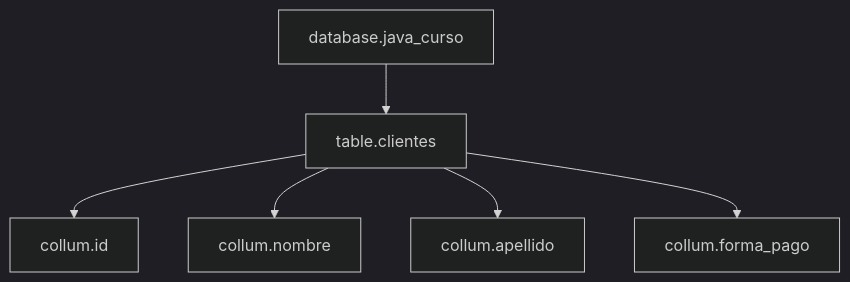
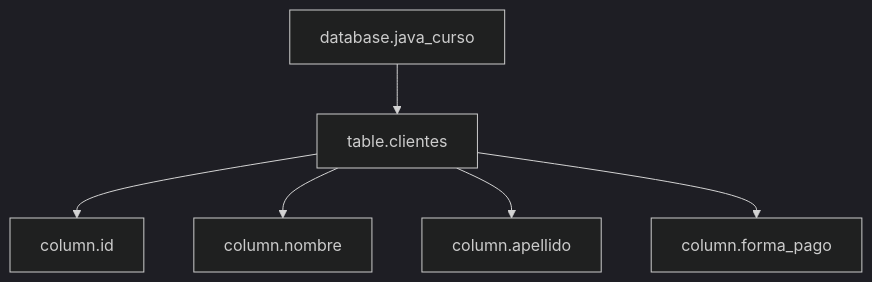
Before and after one commit to Andr7st/java-persistence-hibernate-jpa: the diagram in README.markdown, drawn with Mermaid (dark theme). The commit also changed other lines of this file, not shown here.

````diff
--- a/README.markdown
+++ b/README.markdown
@@ -12,8 +24,9 @@
 ```mermaid
   graph TD;
       database.java_curso-->table.clientes;
-      table.clientes-->collum.id;
-      table.clientes-->collum.nombre;
-      table.clientes-->collum.apellido;
-      table.clientes-->collum.forma_pago;
+      table.clientes-->column.id;
+      table.clientes-->column.nombre;
+      table.clientes-->column.apellido;
+      table.clientes-->column.forma_pago;
+
 ```
````
